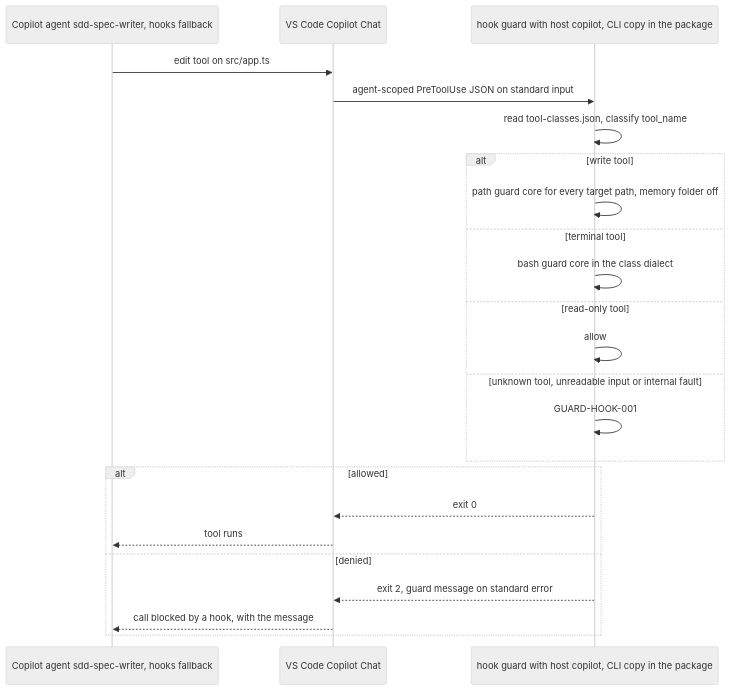
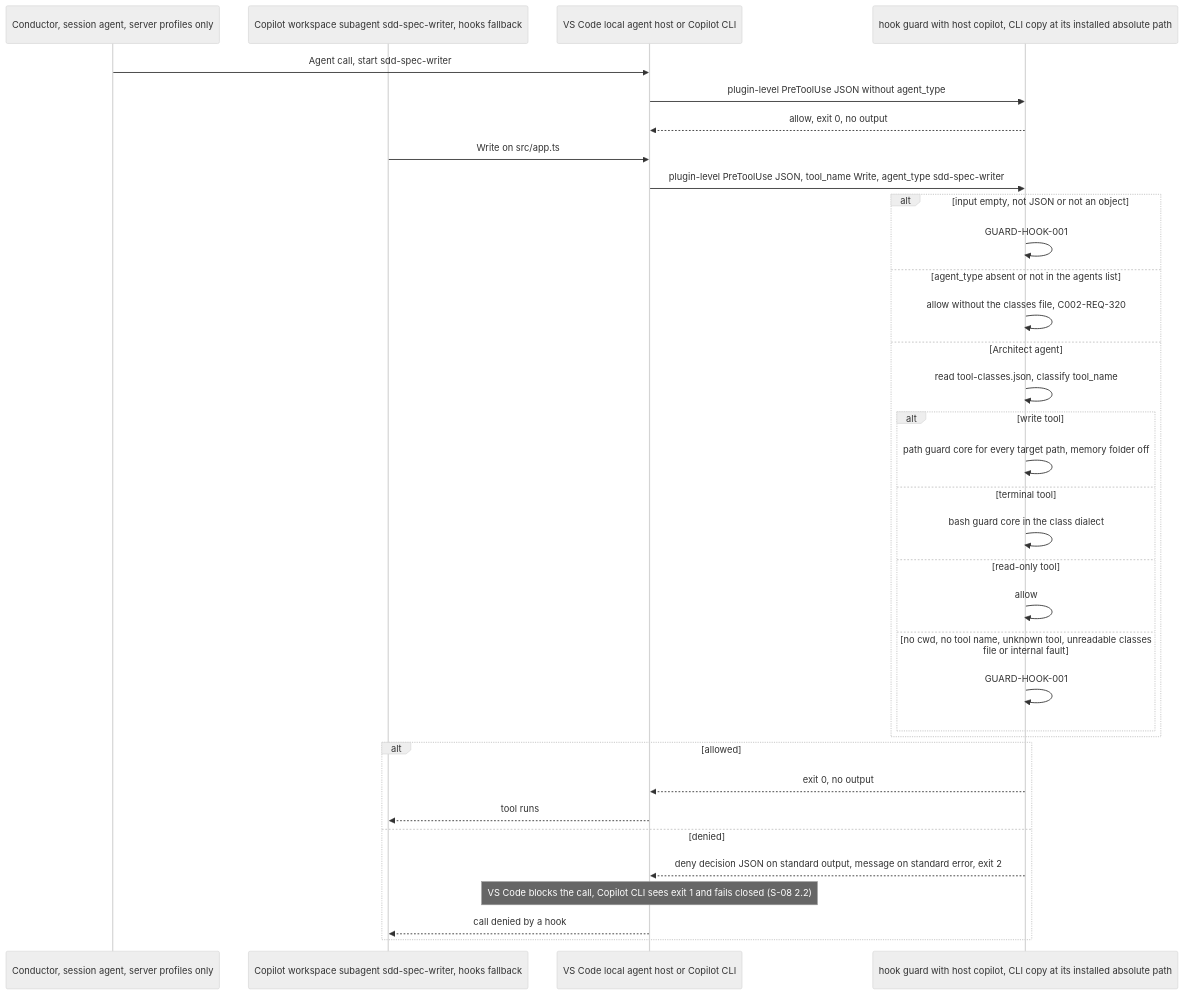
The sixth of 15 diagrams in .sdd/002-multi-platform-targets/10-spec/60-architecture/architecture.md (jlacube/spec-architect), drawn with Mermaid (neutral theme) before and after one commit. The commit also changed other lines of this file and 15 other files, not shown here.

Commit message:
CHG-002: D-003 revision (architect) — Copilot package layout, sdd install copilot, Copilot guard hook by agent_type, naming, ERR-CLI-021/022, flow F13

````diff
--- a/.sdd/002-multi-platform-targets/10-spec/60-architecture/architecture.md
+++ b/.sdd/002-multi-platform-targets/10-spec/60-architecture/architecture.md
@@ -546,26 +569,37 @@
 ```mermaid
 sequenceDiagram
-  %% F5 Copilot hooks fallback. Realizes C002-TS-311 C002-TS-312 C002-TS-313 C002-TS-314
-  participant C002_COMP_004 as Copilot agent sdd-spec-writer, hooks fallback
-  participant VSC as VS Code Copilot Chat
-  participant C002_COMP_012 as hook guard with host copilot, CLI copy in the package
-  C002_COMP_004->>VSC: edit tool on src/app.ts
-  VSC->>C002_COMP_012: agent-scoped PreToolUse JSON on standard input
-  C002_COMP_012->>C002_COMP_012: read tool-classes.json, classify tool_name
-  alt write tool
-    C002_COMP_012->>C002_COMP_012: path guard core for every target path, memory folder off
-  else terminal tool
-    C002_COMP_012->>C002_COMP_012: bash guard core in the class dialect
-  else read-only tool
-    C002_COMP_012->>C002_COMP_012: allow
-  else unknown tool, unreadable input or internal fault
+  %% F5 Copilot hooks fallback, plugin-level guard hook keyed by agent_type. Realizes C002-TS-311 C002-TS-312 C002-TS-313 C002-TS-314 C002-TS-333
+  participant C002_COMP_014 as Conductor, session agent, server profiles only
+  participant C002_COMP_004 as Copilot workspace subagent sdd-spec-writer, hooks fallback
+  participant VSC as VS Code local agent host or Copilot CLI
+  participant C002_COMP_012 as hook guard with host copilot, CLI copy at its installed absolute path
+  C002_COMP_014->>VSC: Agent call, start sdd-spec-writer
+  VSC->>C002_COMP_012: plugin-level PreToolUse JSON without agent_type
+  C002_COMP_012-->>VSC: allow, exit 0, no output
+  C002_COMP_004->>VSC: Write on src/app.ts
+  VSC->>C002_COMP_012: plugin-level PreToolUse JSON, tool_name Write, agent_type sdd-spec-writer
+  alt input empty, not JSON or not an object
     C002_COMP_012->>C002_COMP_012: GUARD-HOOK-001
+  else agent_type absent or not in the agents list
+    C002_COMP_012->>C002_COMP_012: allow without the classes file, C002-REQ-320
+  else Architect agent
+    C002_COMP_012->>C002_COMP_012: read tool-classes.json, classify tool_name
+    alt write tool
+      C002_COMP_012->>C002_COMP_012: path guard core for every target path, memory folder off
+    else terminal tool
+      C002_COMP_012->>C002_COMP_012: bash guard core in the class dialect
+    else read-only tool
+      C002_COMP_012->>C002_COMP_012: allow
+    else no cwd, no tool name, unknown tool, unreadable classes file or internal fault
+      C002_COMP_012->>C002_COMP_012: GUARD-HOOK-001
+    end
   end
   alt allowed
-    C002_COMP_012-->>VSC: exit 0
+    C002_COMP_012-->>VSC: exit 0, no output
     VSC-->>C002_COMP_004: tool runs
   else denied
-    C002_COMP_012-->>VSC: exit 2, guard message on standard error
-    VSC-->>C002_COMP_004: call blocked by a hook, with the message
+    C002_COMP_012-->>VSC: deny decision JSON on standard output, message on standard error, exit 2
+    Note over VSC: VS Code blocks the call, Copilot CLI sees exit 1 and fails closed (S-08 2.2)
+    VSC-->>C002_COMP_004: call denied by a hook
   end
 ```
````
